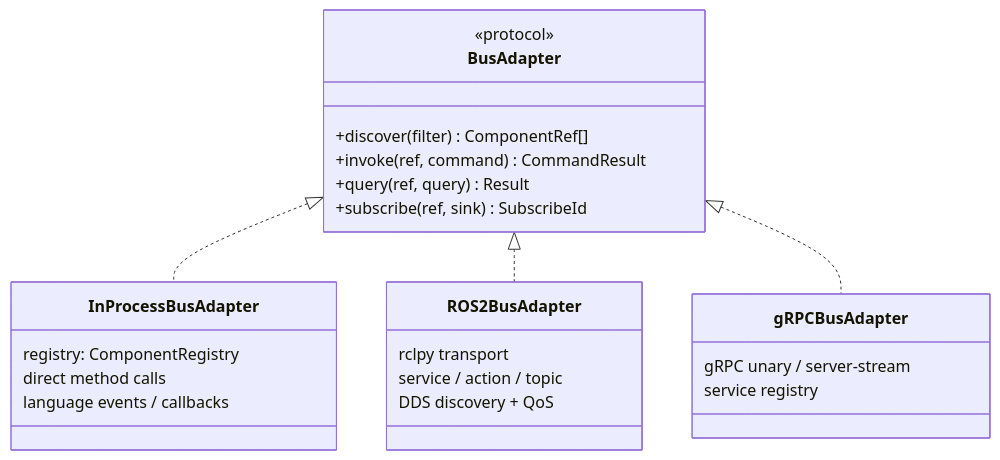
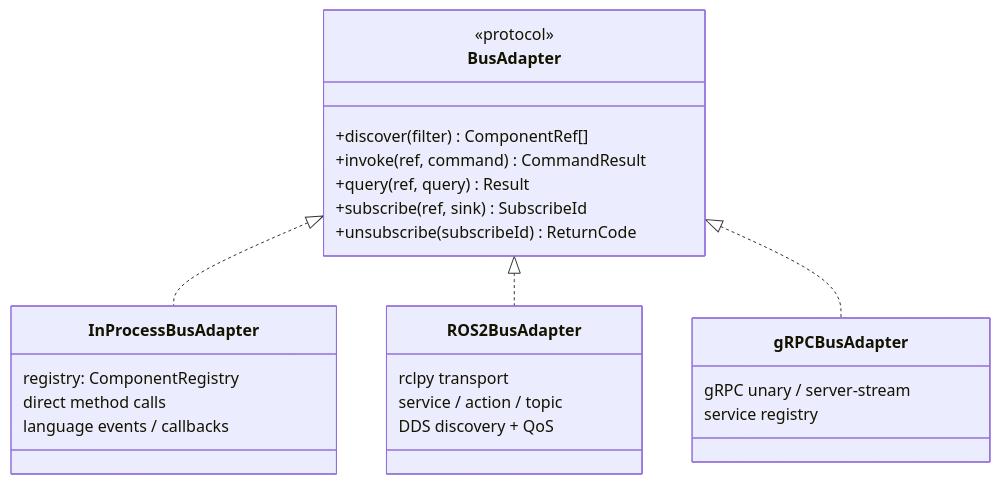
One commit to openrois/OpenRoIS changed the fourth of 17 diagrams in docs/white-paper.md. Above: the diagram before and after it, drawn with Mermaid. The commit also changed other lines of this file and 3 other files, not shown here.

````diff
--- a/docs/white-paper.md
+++ b/docs/white-paper.md
@@ -338,31 +338,32 @@
 ```mermaid
 classDiagram
     class BusAdapter {
         <<protocol>>
         +discover(filter) ComponentRef[]
         +invoke(ref, command) CommandResult
         +query(ref, query) Result
         +subscribe(ref, sink) SubscribeId
+        +unsubscribe(subscribeId) ReturnCode
     }
 
     class InProcessBusAdapter {
         registry: ComponentRegistry
         direct method calls
         language events / callbacks
     }
 
     class ROS2BusAdapter {
         rclpy transport
         service / action / topic
         DDS discovery + QoS
     }
 
     class gRPCBusAdapter {
         gRPC unary / server-stream
         service registry
     }
 
     BusAdapter <|.. InProcessBusAdapter
     BusAdapter <|.. ROS2BusAdapter
     BusAdapter <|.. gRPCBusAdapter
 ```
````
